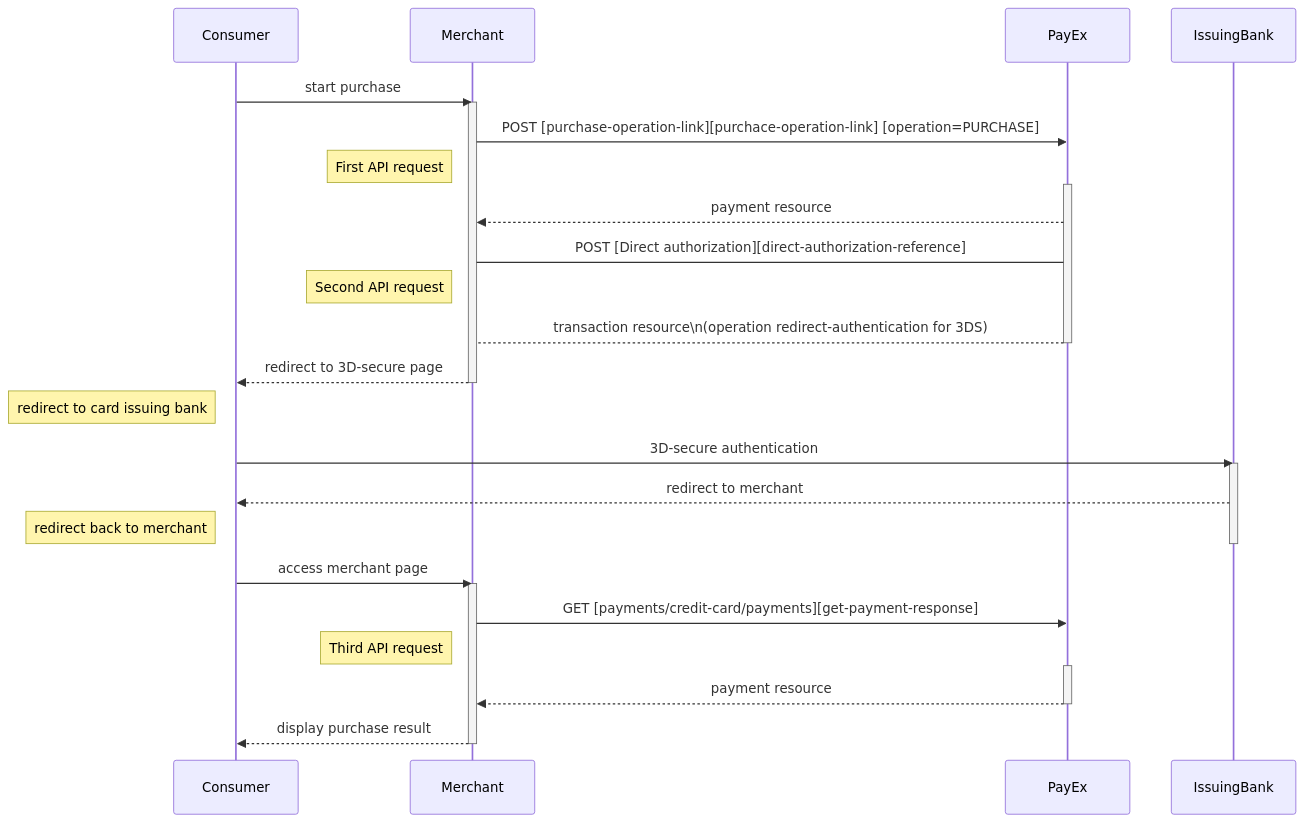
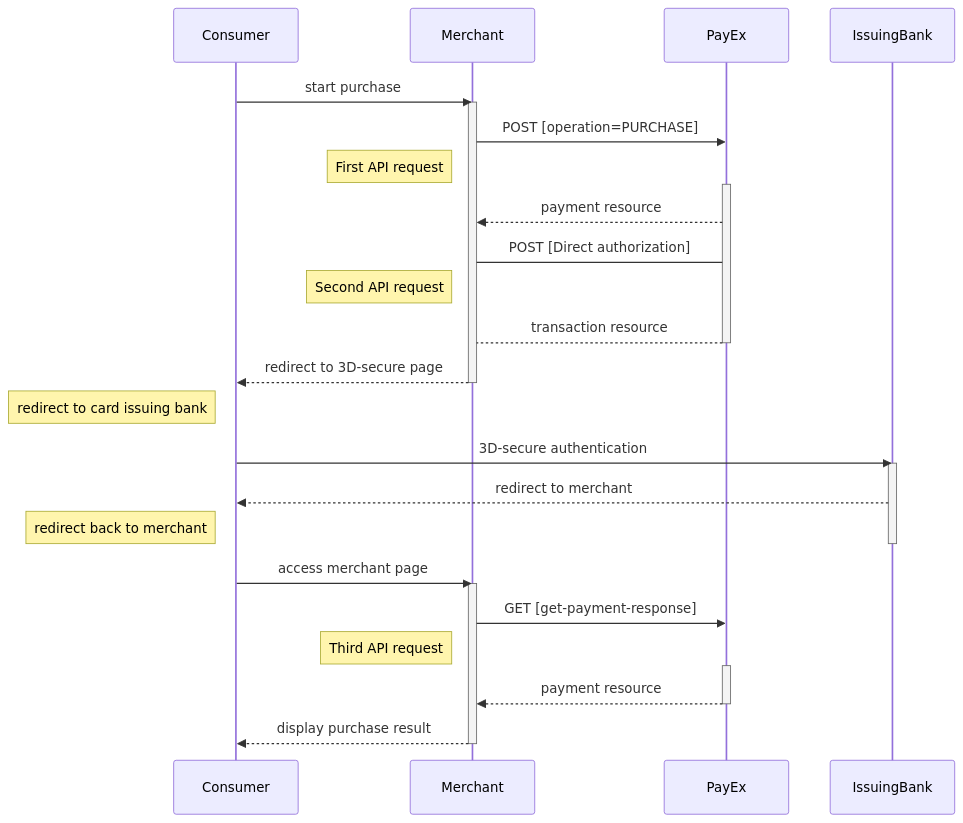
The second of 2 diagrams in payments/credit-card/direct.md (SwedbankPay/developer.swedbankpay.com), drawn with Mermaid before and after one commit. The commit also changed other lines of this file and 3 other files, not shown here.

````diff
--- a/payments/credit-card/direct.md
+++ b/payments/credit-card/direct.md
@@ -129,34 +129,34 @@
 ```mermaid
 sequenceDiagram
   Consumer->>Merchant: start purchase
   activate Merchant
-  Merchant->>PayEx: POST [purchase-operation-link][purchace-operation-link] [operation=PURCHASE]
+  Merchant->>PayEx: POST [operation=PURCHASE]
   note left of Merchant: First API request
   activate PayEx
   PayEx-->>Merchant: payment resource
 
-  Merchant -> PayEx: POST [Direct authorization][direct-authorization-reference]
+  Merchant -> PayEx: POST [Direct authorization]
   note left of Merchant: Second API request
-  PayEx --> Merchant: transaction resource\n(operation redirect-authentication for 3DS)
+  PayEx --> Merchant: transaction resource
 
   deactivate PayEx
   Merchant-->>Consumer: redirect to 3D-secure page
   deactivate Merchant
   
   note left of Consumer: redirect to card issuing bank
   Consumer ->> IssuingBank: 3D-secure authentication
   activate IssuingBank
   IssuingBank-->>Consumer: redirect to merchant
   note left of Consumer: redirect back to merchant
   deactivate IssuingBank
   
   Consumer->>Merchant: access merchant page
   activate Merchant
-  Merchant->>PayEx: GET [payments/credit-card/payments][get-payment-response]
+  Merchant->>PayEx: GET [get-payment-response]
   note left of Merchant: Third API request
   activate PayEx
   PayEx-->>Merchant: payment resource
   deactivate PayEx
   Merchant-->>Consumer: display purchase result
   deactivate Merchant
 ```
````
